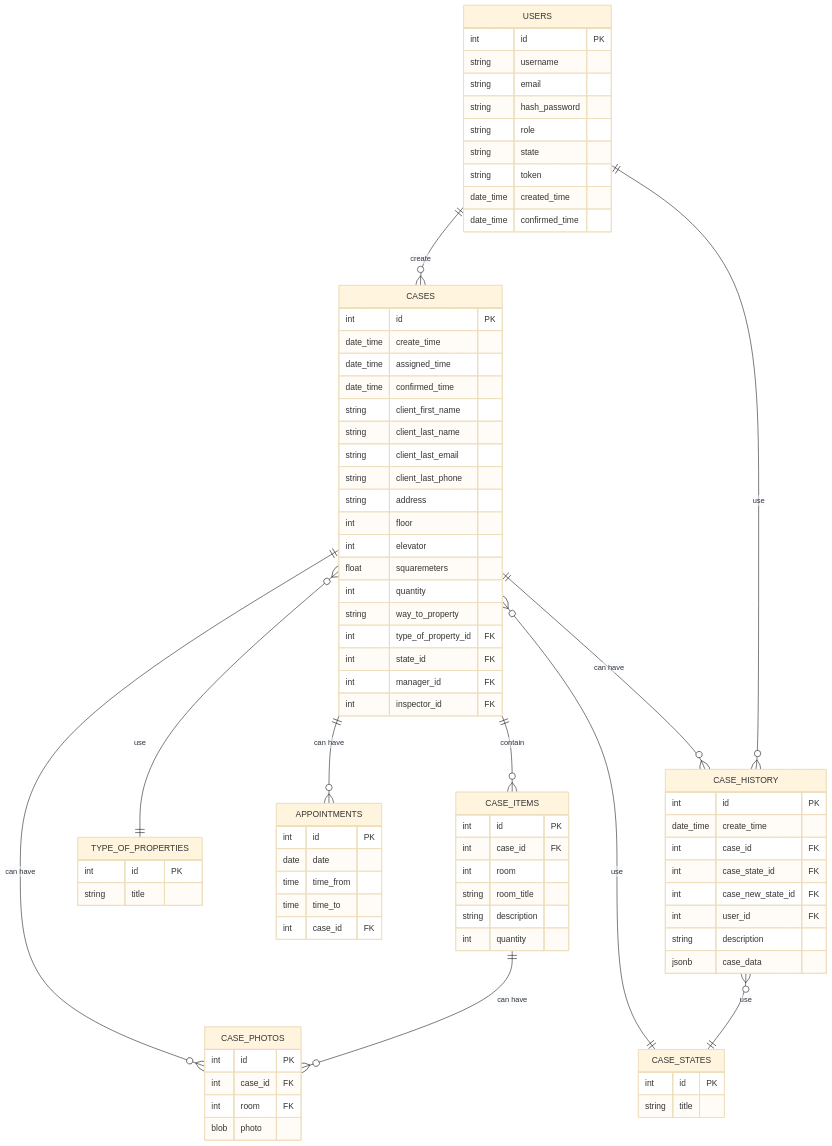
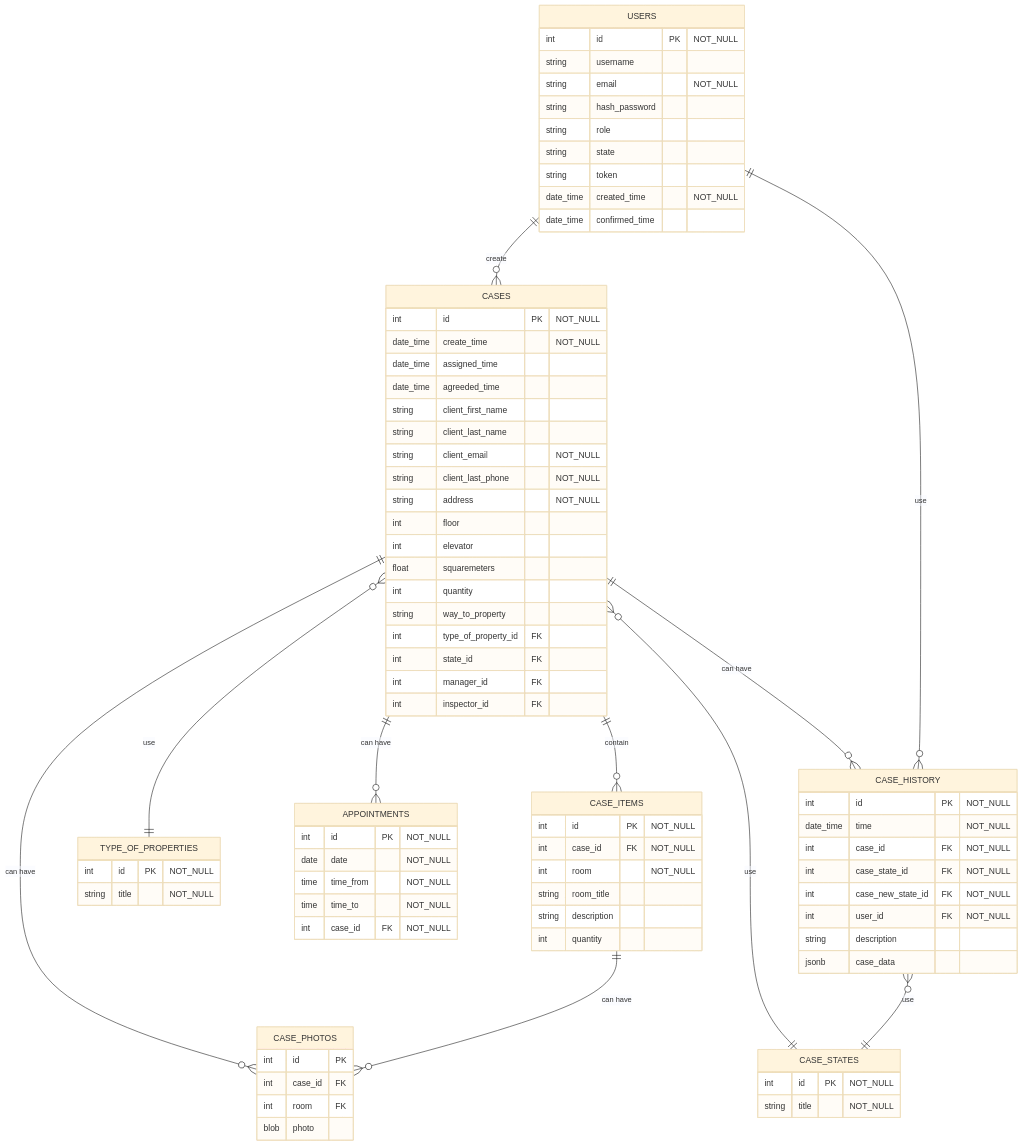
The fourth of 4 diagrams in README.md (WildCodeSchool/2022-07-EN-Berlin-Remote1-Project3Planning), drawn with Mermaid (base theme) before and after one commit.

Commit message:
Minor changes in ER Diagram

````diff
--- a/README.md
+++ b/README.md
@@ -246,6 +246,6 @@
 ```mermaid
 erDiagram
-
+    
     USERS ||--o{ CASES : create
     CASES ||--o{ CASE_ITEMS : contain
     CASES o{--|| CASE_STATES : use
@@ -259,28 +259,28 @@
     
     
     USERS {
-        int id PK
+        int id PK  "NOT_NULL"
         string username
-        string email
+        string email "NOT_NULL"
         string hash_password
         string role
         string state
         string token
-        date_time created_time
+        date_time created_time "NOT_NULL"
         date_time confirmed_time
 
     }
     
     CASES {
-        int id PK
-        date_time create_time
+        int id PK  "NOT_NULL"
+        date_time create_time  "NOT_NULL"
         date_time assigned_time
-        date_time confirmed_time
+        date_time agreeded_time
         string client_first_name
         string client_last_name
-        string client_last_email
-        string client_last_phone
-        string address
+        string client_email  "NOT_NULL"
+        string client_last_phone "NOT_NULL"
+        string address  "NOT_NULL"
         int floor
         int elevator
         float squaremeters
@@ -293,9 +293,9 @@
     }
     
     CASE_ITEMS{
-        int id PK
-        int case_id FK
-        int room
+        int id PK  "NOT_NULL"
+        int case_id FK  "NOT_NULL"
+        int room "NOT_NULL"
         string room_title
         string description
         int quantity
@@ -309,30 +309,30 @@
     }
     
     CASE_STATES{
-        int id PK
-        string title
+        int id PK "NOT_NULL"
+        string title "NOT_NULL"
     }
     
     TYPE_OF_PROPERTIES{
-        int id PK
-        string title
+        int id PK "NOT_NULL"
+        string title "NOT_NULL"
     }
     
     APPOINTMENTS{
-        int id PK
-        date date
-        time time_from
-        time time_to
-        int case_id FK
+        int id PK  "NOT_NULL"
+        date date  "NOT_NULL"
+        time time_from  "NOT_NULL"
+        time time_to  "NOT_NULL"
+        int case_id FK  "NOT_NULL"
     }
     
     CASE_HISTORY{
-        int id PK
-        date_time create_time
-        int case_id FK
-        int case_state_id FK
-        int case_new_state_id FK
-        int user_id FK
+        int id PK  "NOT_NULL"
+        date_time time  "NOT_NULL"
+        int case_id FK  "NOT_NULL"
+        int case_state_id FK  "NOT_NULL"
+        int case_new_state_id FK  "NOT_NULL"
+        int user_id FK  "NOT_NULL"
         string description
         jsonb case_data
         
````
